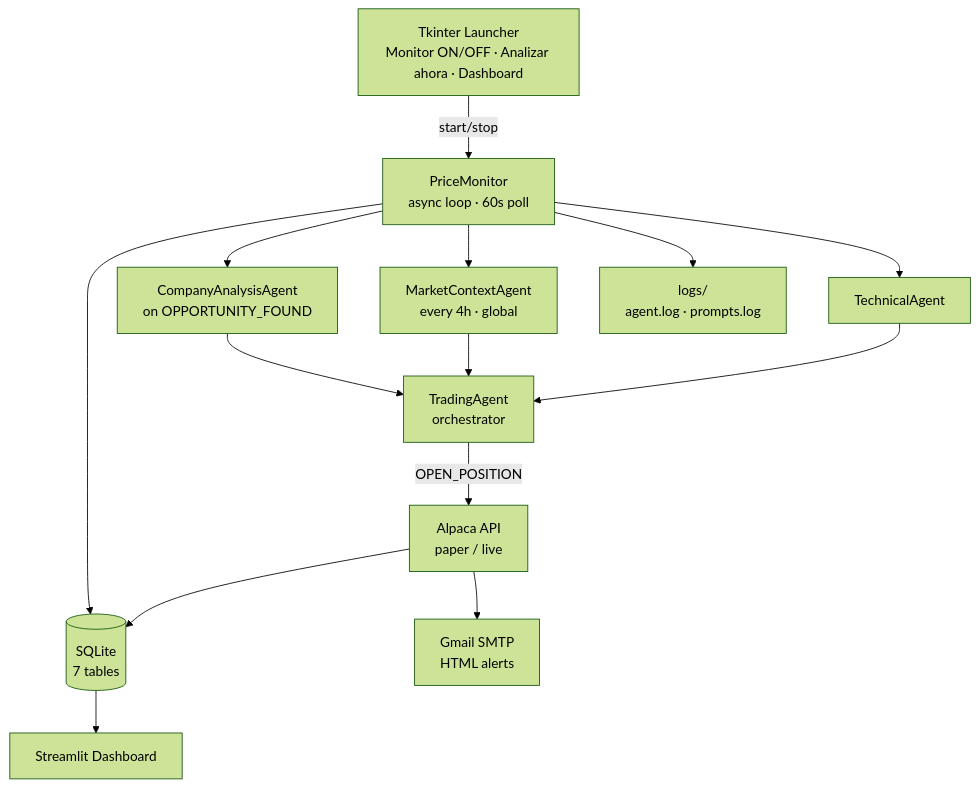
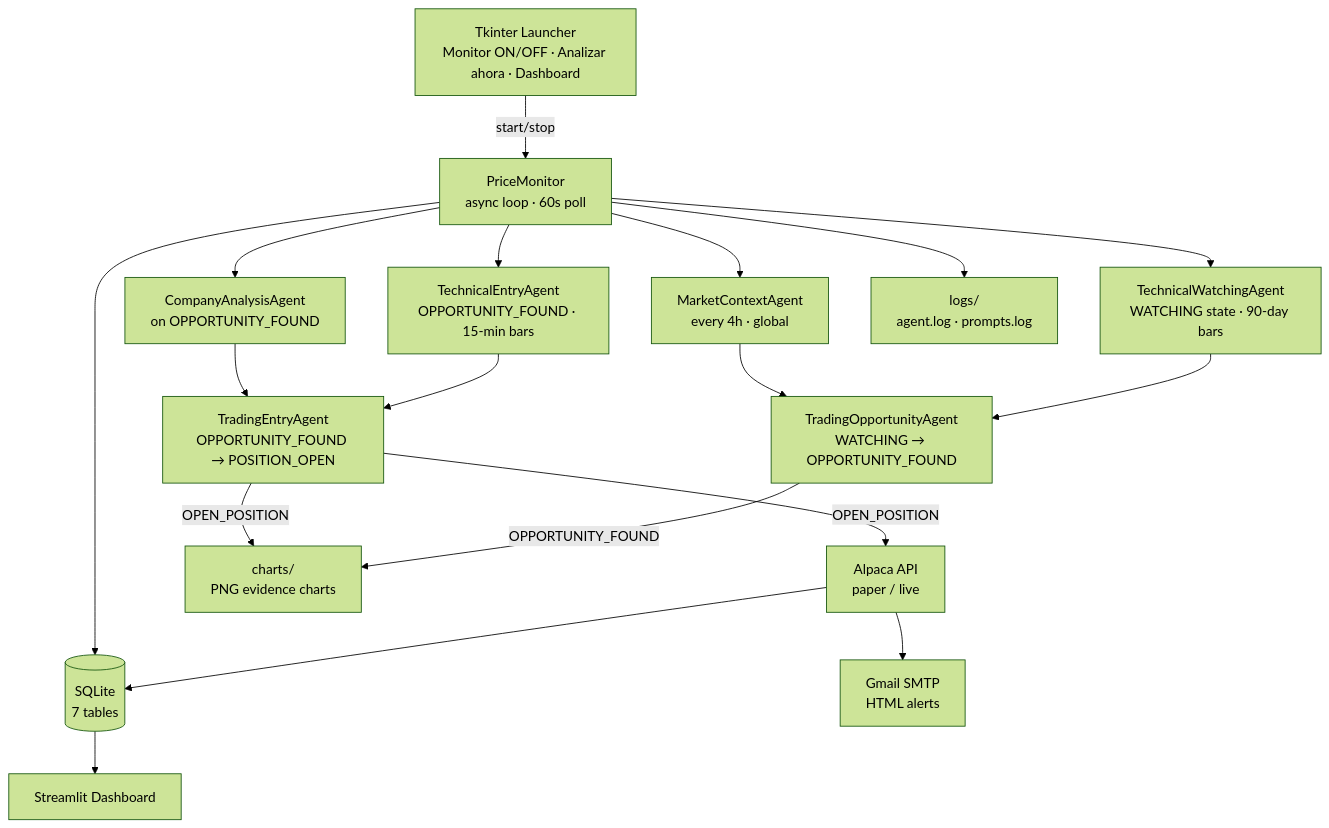
Before and after one commit to juandgm13/Trading-AI-Agent: the second of 6 diagrams in docs/architecture.md, drawn with Mermaid (forest theme). The commit also changed other lines of this file and 5 other files, not shown here.

````diff
--- a/docs/architecture.md
+++ b/docs/architecture.md
@@ -36,28 +36,35 @@
 ```mermaid
 flowchart TD
     UI["Tkinter Launcher<br/>Monitor ON/OFF · Analizar ahora · Dashboard"]
     PM["PriceMonitor<br/>async loop · 60s poll"]
-    TA["TechnicalAgent"]
+    TWA["TechnicalWatchingAgent<br/>WATCHING state · 90-day bars"]
+    TEA["TechnicalEntryAgent<br/>OPPORTUNITY_FOUND · 15-min bars"]
     MC["MarketContextAgent<br/>every 4h · global"]
     CA["CompanyAnalysisAgent<br/>on OPPORTUNITY_FOUND"]
-    TR["TradingAgent<br/>orchestrator"]
+    TOA["TradingOpportunityAgent<br/>WATCHING → OPPORTUNITY_FOUND"]
+    TENT["TradingEntryAgent<br/>OPPORTUNITY_FOUND → POSITION_OPEN"]
     ALP["Alpaca API<br/>paper / live"]
     DB[("SQLite<br/>7 tables")]
     EMAIL["Gmail SMTP<br/>HTML alerts"]
     LOGS["logs/<br/>agent.log · prompts.log"]
+    CHARTS["charts/<br/>PNG evidence charts"]
     DASH["Streamlit Dashboard"]
 
     UI -->|start/stop| PM
-    PM --> TA
+    PM --> TWA
+    PM --> TEA
     PM --> MC
     PM --> CA
-    TA --> TR
-    MC --> TR
-    CA --> TR
-    TR -->|OPEN_POSITION| ALP
+    TWA --> TOA
+    MC --> TOA
+    TEA --> TENT
+    CA --> TENT
+    TOA -->|OPPORTUNITY_FOUND| CHARTS
+    TENT -->|OPEN_POSITION| ALP
+    TENT -->|OPEN_POSITION| CHARTS
     ALP --> DB
     ALP --> EMAIL
     PM --> DB
     PM --> LOGS
     DB --> DASH
 ```
````
